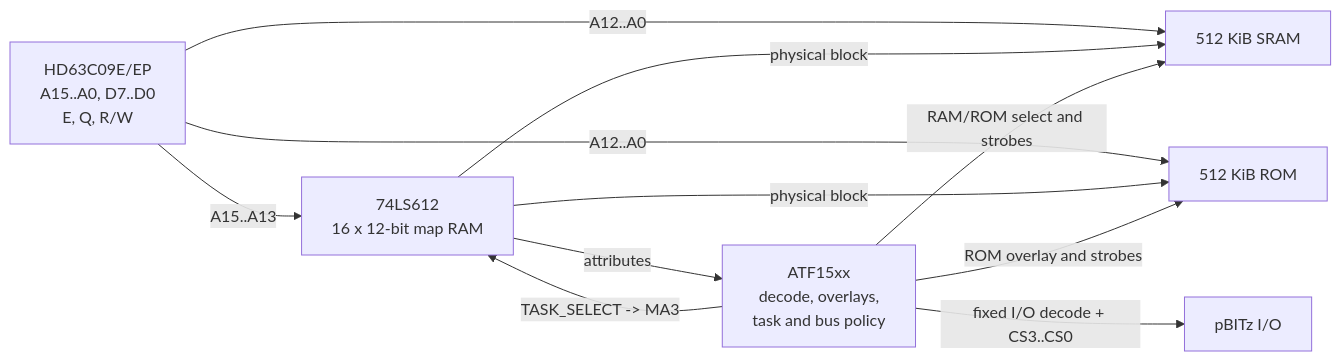
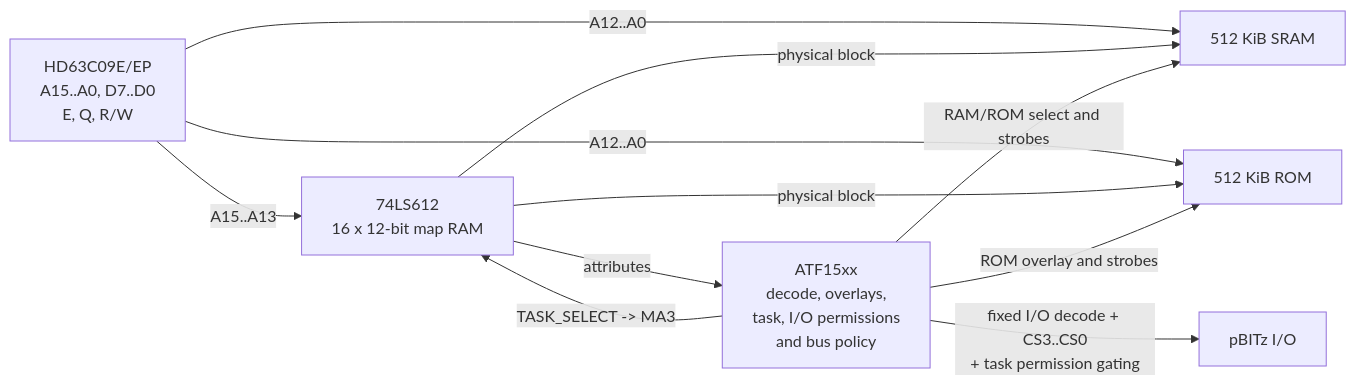
One commit to dumaiss/Espresso-09 changed the diagram in Architecture.md. Above: the diagram before and after it, drawn with Mermaid. The commit also changed other lines of this file, not shown here.

````diff
--- a/Architecture.md
+++ b/Architecture.md
@@ -35,20 +36,20 @@
 ```mermaid
 flowchart LR
     CPU["HD63C09E/EP<br/>A15..A0, D7..D0<br/>E, Q, R/W"]
     MAP["74LS612<br/>16 x 12-bit map RAM"]
-    CPLD["ATF15xx<br/>decode, overlays,<br/>task and bus policy"]
+    CPLD["ATF15xx<br/>decode, overlays,<br/>task, I/O permissions<br/>and bus policy"]
     RAM["512 KiB SRAM"]
     ROM["512 KiB ROM"]
     IO["pBITz I/O"]
 
     CPU -->|"A15..A13"| MAP
     CPLD -->|"TASK_SELECT -> MA3"| MAP
     CPU -->|"A12..A0"| RAM
     CPU -->|"A12..A0"| ROM
     MAP -->|"physical block"| RAM
     MAP -->|"physical block"| ROM
     MAP -->|"attributes"| CPLD
     CPLD -->|"RAM/ROM select and strobes"| RAM
     CPLD -->|"ROM overlay and strobes"| ROM
-    CPLD -->|"fixed I/O decode + CS3..CS0"| IO
+    CPLD -->|"fixed I/O decode + CS3..CS0<br/>+ task permission gating"| IO
 ```
````
